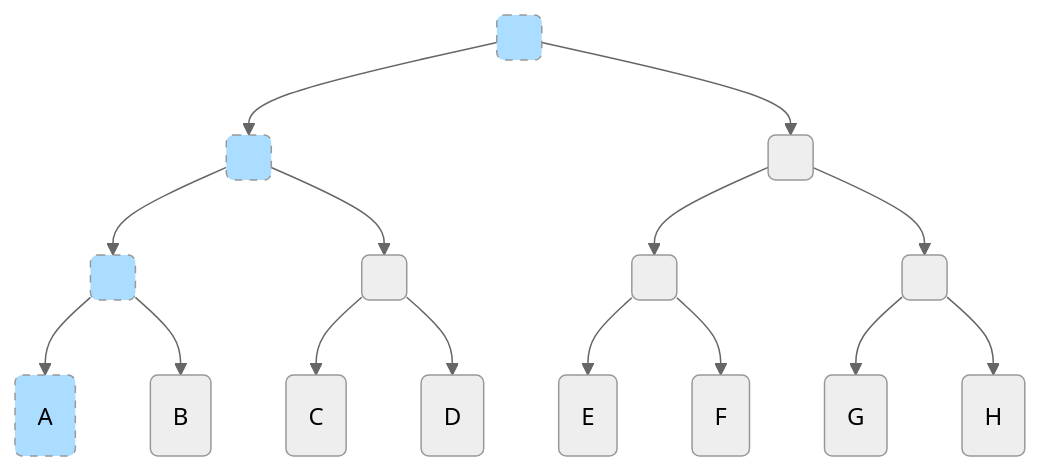
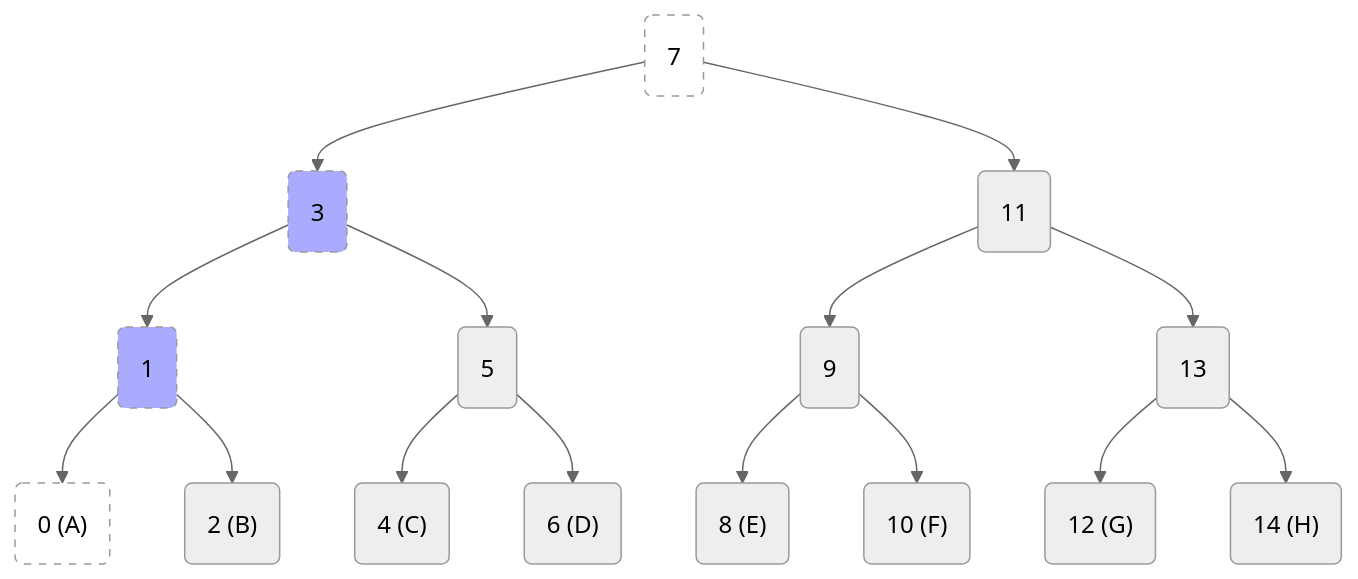
Before and after one commit to duesee/mls-dictionary: the diagram in direct_path.mmd, drawn with Mermaid.

```diff
--- a/direct_path.mmd
+++ b/direct_path.mmd
@@ -1,25 +1,40 @@
 %%{ init: { "theme": "neutral" } }%%
 
 graph TD;
-    T( ) --> L( );
-    T( ) --> R( );
+    N0("0 (A)")
+    N1("1")
+    N2("2 (B)")
+    N3("3")
+    N4("4 (C)")
+    N5("5")
+    N6("6 (D)")
+    N7("7")
+    N8("8 (E)")
+    N9("9")
+    N10("10 (F)")
+    N11("11")
+    N12("12 (G)")
+    N13("13")
+    N14("14 (H)")
+    
+    N7 --> N3
+    N7 --> N11
+    
+    N3 --> N1
+    N3 --> N5
+    N11 --> N9
+    N11 --> N13
 
-    L --> LL( );
-    L --> LR( );
-    R --> RL( );
-    R --> RR( );
+    N1 --> N0
+    N1 --> N2
+    N5 --> N4
+    N5 --> N6
+    N9 --> N8
+    N9 --> N10
+    N13 --> N12
+    N13 --> N14
 
-    LL --> A(A)
-    LL --> B(B)
-    LR --> C(C)
-    LR --> D(D);
-
-    RL --> E(E)
-    RL --> F(F)
-    RR --> G(G)
-    RR --> H(H)
-
-    style T fill:#AADDFF,stroke-dasharray: 5 5
-    style L fill:#AADDFF,stroke-dasharray: 5 5
-    style LL fill:#AADDFF,stroke-dasharray: 5 5
-    style A fill:#AADDFF,stroke-dasharray: 5 5
+    style N0 fill:#ffffff,stroke-dasharray: 5 5
+    style N1 fill:#aaaaff,stroke-dasharray: 5 5
+    style N3 fill:#aaaaff,stroke-dasharray: 5 5
+    style N7 fill:#ffffff,stroke-dasharray: 5 5
```
